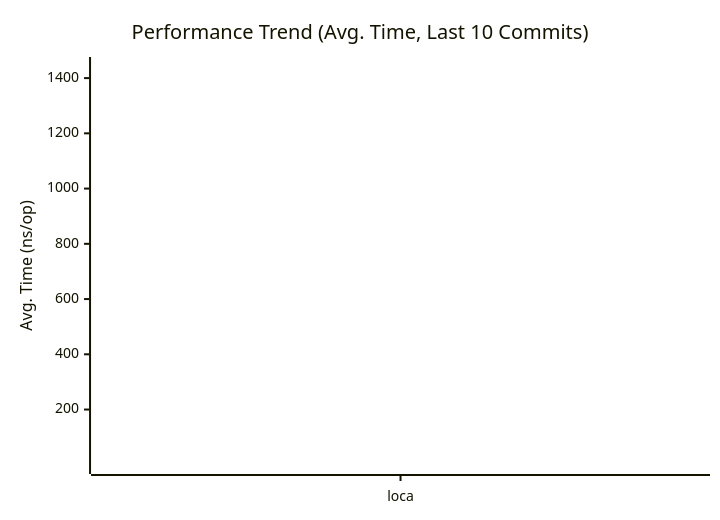
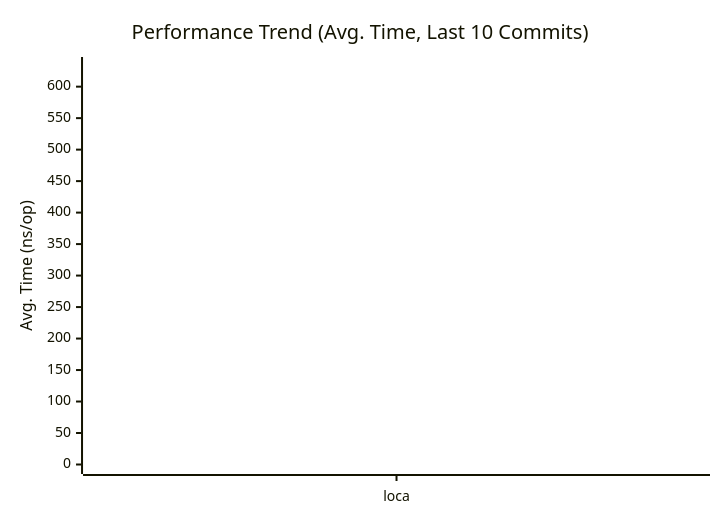
The first of 3 diagrams in docs/PERFORMANCE.md (alsotoes/momo), drawn with Mermaid before and after one commit. The commit also changed other lines of this file and 2 other files, not shown here.

First line of the commit message:
ci(reviewer): assign tracking issues and Jules PRs to alsotoes

````diff
--- a/docs/PERFORMANCE.md
+++ b/docs/PERFORMANCE.md
@@ -80,16 +80,16 @@
 ```mermaid
 xychart-beta
     title "Performance Trend (Avg. Time, Last 10 Commits)"
     x-axis "Commit"
     y-axis "Avg. Time (ns/op)"
     x-axis [loca]
-    line "CheckMetricsAndSwap" [14,7,6,6,7,7,6,8,6,7]
-    line "CrushOptimized" [618,264,255,245,263,280,255,293,317,328]
-    line "CrushOriginal" [831,362,367,368,359,367,362,401,371,410]
-    line "IndexDirectTracking" [1,0,0,0,0,0,0,0,0,0]
-    line "IndexSearch" [4,3,3,3,3,3,3,3,3,3]
-    line "LoadGlobalConfig" [1442,632,613,599,626,637,616,649,706,747]
-    line "PadString" [3,2,2,2,2,2,2,2,2,2]
+    line "CheckMetricsAndSwap" [7,6,6,7,7,6,8,6,7,8]
+    line "CrushOptimized" [264,255,245,263,280,255,293,317,328,303]
+    line "CrushOriginal" [362,367,368,359,367,362,401,371,410,402]
+    line "IndexDirectTracking" [0,0,0,0,0,0,0,0,0,0]
+    line "IndexSearch" [3,3,3,3,3,3,3,3,3,3]
+    line "LoadGlobalConfig" [632,613,599,626,637,616,649,706,747,716]
+    line "PadString" [2,2,2,2,2,2,2,2,2,2]
     line "ParseReplicationOrder_NoPrealloc" [350,349,357,354,345,225,229,165,232,234]
     line "ParseReplicationOrder_Prealloc" [229,231,237,234,229,108,107,80,110,109]
 ```
````
